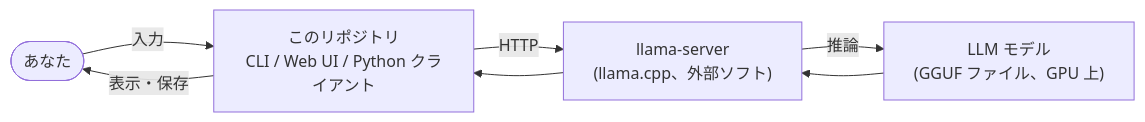
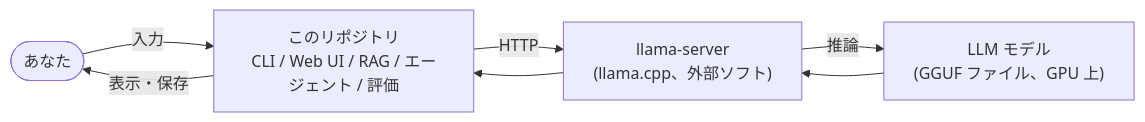
Before and after one commit to Moro-1025/local_llm: the diagram in docs/README.md, drawn with Mermaid. The commit also changed other lines of this file and 11 other files, not shown here.

````diff
--- a/docs/README.md
+++ b/docs/README.md
@@ -12,7 +13,7 @@
 ```mermaid
 flowchart LR
-    you([あなた]) -->|入力| ours["このリポジトリ<br>CLI / Web UI / Python クライアント"]
+    you([あなた]) -->|入力| ours["このリポジトリ<br>CLI / Web UI / RAG / エージェント / 評価"]
     ours -->|HTTP| llama["llama-server<br>(llama.cpp、外部ソフト)"]
     llama -->|推論| model["LLM モデル<br>(GGUF ファイル、GPU 上)"]
     model --> llama --> ours -->|表示・保存| you
 ```
````
